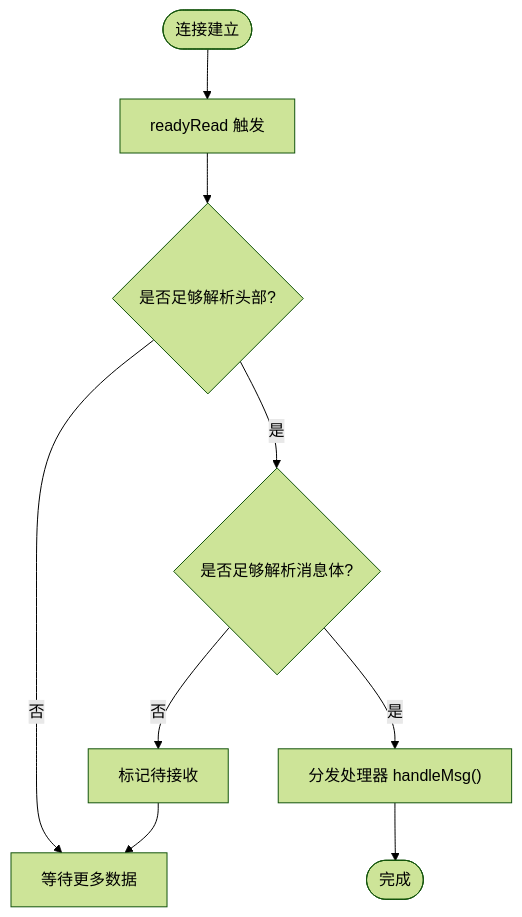
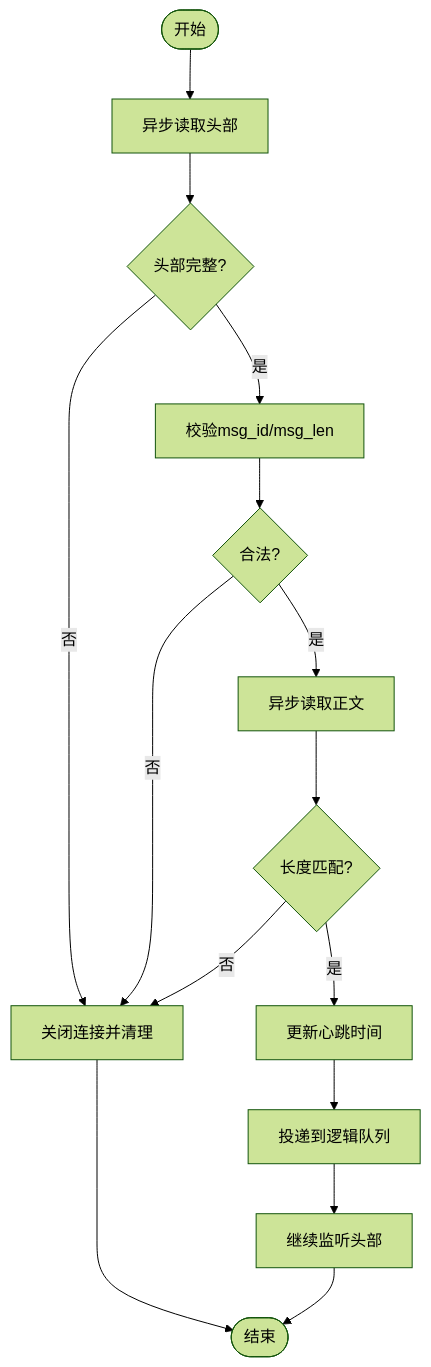
One commit to echo9923/mychatter changed the third of 6 diagrams in .qoder/repowiki/zh/content/安全设计/网络安全防护/网络安全防护.md. Above: the diagram before and after it, drawn with Mermaid (forest theme). The commit also changed other lines of this file and 526 other files, not shown here.

````diff
--- a/.qoder/repowiki/zh/content/安全设计/网络安全防护/网络安全防护.md
+++ b/.qoder/repowiki/zh/content/安全设计/网络安全防护/网络安全防护.md
@@ -140,11 +104,17 @@
 ```mermaid
 flowchart TD
-Start(["连接建立"]) --> ReadyRead["readyRead 触发"]
-ReadyRead --> ParseHead{"是否足够解析头部?"}
-ParseHead -- 否 --> WaitMore["等待更多数据"]
-ParseHead -- 是 --> ParseBody{"是否足够解析消息体?"}
-ParseBody -- 否 --> Pending["标记待接收"]
-Pending --> WaitMore
-ParseBody -- 是 --> Dispatch["分发处理器 handleMsg()"]
-Dispatch --> End(["完成"])
+Start(["开始"]) --> ReadHead["异步读取头部"]
+ReadHead --> HeadOK{"头部完整?"}
+HeadOK --> |否| CloseErr["关闭连接并清理"]
+HeadOK --> |是| Validate["校验msg_id/msg_len"]
+Validate --> Valid{"合法?"}
+Valid --> |否| CloseErr
+Valid --> |是| ReadBody["异步读取正文"]
+ReadBody --> BodyOK{"长度匹配?"}
+BodyOK --> |否| CloseErr
+BodyOK --> |是| UpdateHB["更新心跳时间"]
+UpdateHB --> Dispatch["投递到逻辑队列"]
+Dispatch --> Next["继续监听头部"]
+CloseErr --> End(["结束"])
+Next --> End
 ```
````
